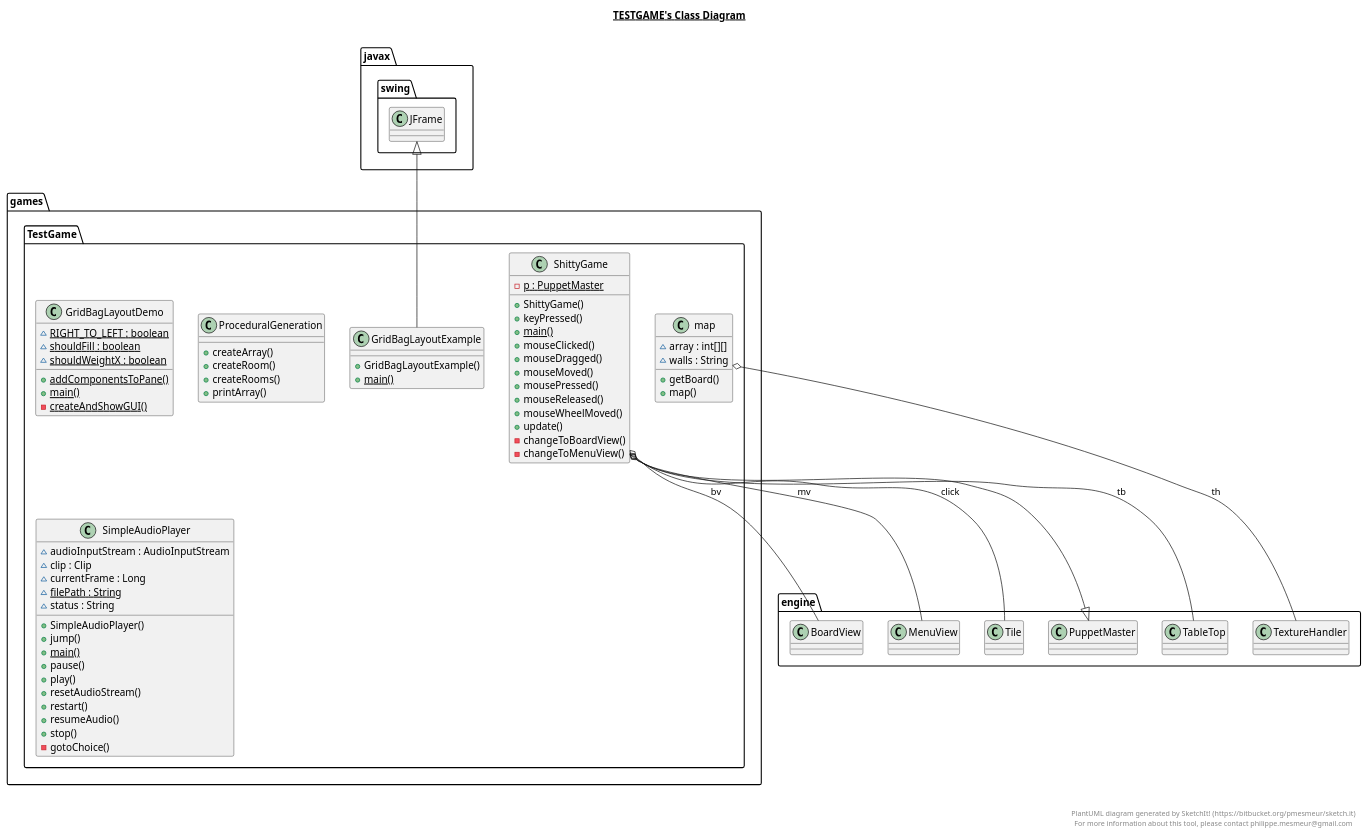
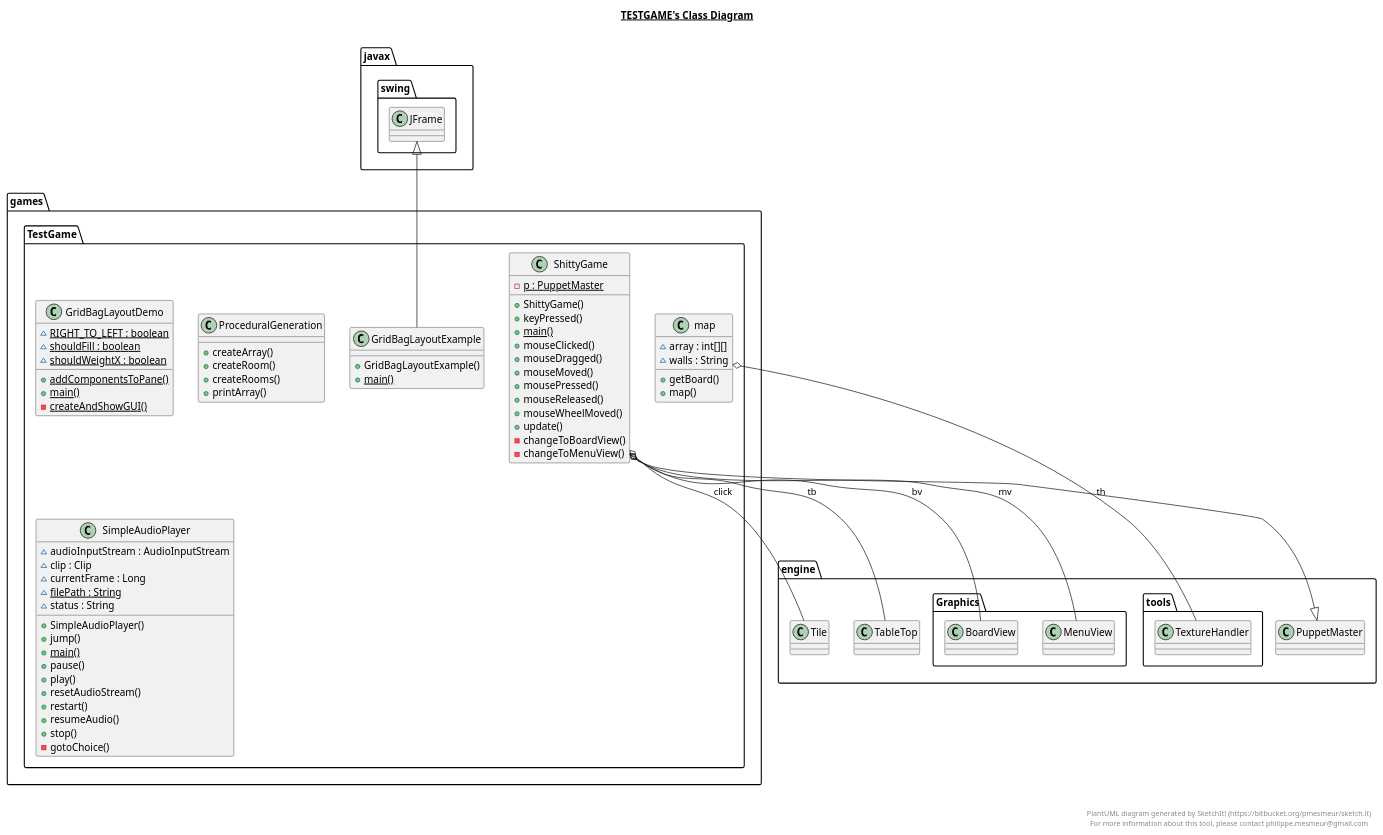
The diagram in src/games/TestGame/TestGame.plantuml (Twofigo/GridBasedGameEngine), drawn with PlantUML before and after one commit. The commit also changed 29 other files, not shown here.

```diff
--- a/src/games/TestGame/TestGame.plantuml
+++ b/src/games/TestGame/TestGame.plantuml
@@ -1,101 +1,101 @@
 @startuml
 
 title __TESTGAME's Class Diagram__\n
 
   namespace games.TestGame {
     class games.TestGame.GridBagLayoutDemo {
         {static} ~ RIGHT_TO_LEFT : boolean
         {static} ~ shouldFill : boolean
         {static} ~ shouldWeightX : boolean
         {static} + addComponentsToPane()
         {static} + main()
         {static} - createAndShowGUI()
     }
   }
   
 
   namespace games.TestGame {
     class games.TestGame.GridBagLayoutExample {
         + GridBagLayoutExample()
         {static} + main()
     }
   }
   
 
   namespace games.TestGame {
     class games.TestGame.ProceduralGeneration {
         + createArray()
         + createRoom()
         + createRooms()
         + printArray()
     }
   }
   
 
   namespace games.TestGame {
     class games.TestGame.ShittyGame {
         {static} - p : PuppetMaster
         + ShittyGame()
         + keyPressed()
         {static} + main()
         + mouseClicked()
         + mouseDragged()
         + mouseMoved()
         + mousePressed()
         + mouseReleased()
         + mouseWheelMoved()
         + update()
         - changeToBoardView()
         - changeToMenuView()
     }
   }
   
 
   namespace games.TestGame {
     class games.TestGame.SimpleAudioPlayer {
         ~ audioInputStream : AudioInputStream
         ~ clip : Clip
         ~ currentFrame : Long
         {static} ~ filePath : String
         ~ status : String
         + SimpleAudioPlayer()
         + jump()
         {static} + main()
         + pause()
         + play()
         + resetAudioStream()
         + restart()
         + resumeAudio()
         + stop()
         - gotoChoice()
     }
   }
   
 
   namespace games.TestGame {
     class games.TestGame.map {
         ~ array : int[][]
         ~ walls : String
         + getBoard()
         + map()
     }
   }
   
 
   games.TestGame.GridBagLayoutExample -up-|> javax.swing.JFrame
   games.TestGame.ShittyGame -up-|> engine.PuppetMaster
   games.TestGame.ShittyGame o-- engine.Tile : click
   games.TestGame.ShittyGame o-- engine.TableTop : tb
-  games.TestGame.ShittyGame o-- engine.BoardView : bv
-  games.TestGame.ShittyGame o-- engine.MenuView : mv
-  games.TestGame.map o-- engine.TextureHandler : th
+  games.TestGame.ShittyGame o-- engine.Graphics.BoardView : bv
+  games.TestGame.ShittyGame o-- engine.Graphics.MenuView : mv
+  games.TestGame.map o-- engine.tools.TextureHandler : th
 
 
 right footer
 
 
 PlantUML diagram generated by SketchIt! (https://bitbucket.org/pmesmeur/sketch.it)
 For more information about this tool, please contact philippe.mesmeur@gmail.com
 endfooter
 
 @enduml
```
